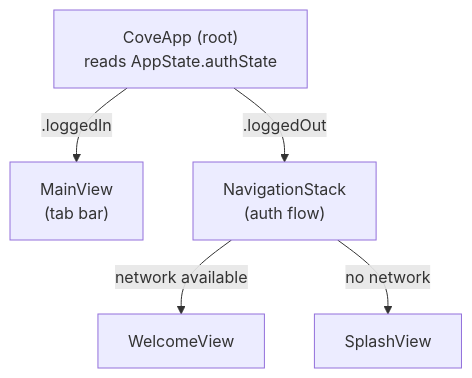
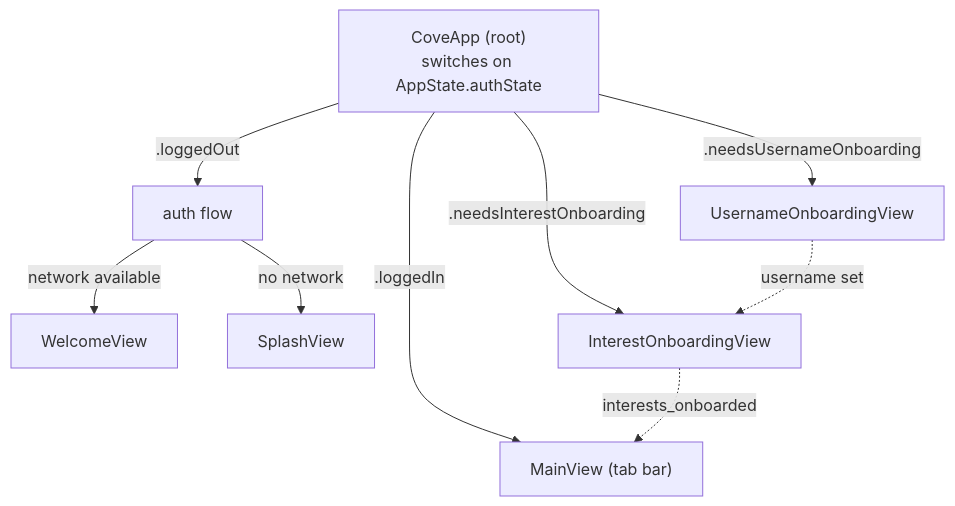
One commit to danicajiao/cove-ios changed the first of 4 diagrams in docs/IOS_APP_ARCHITECTURE.md. Above: the diagram before and after it, drawn with Mermaid. The commit also changed other lines of this file and 3 other files, not shown here.

Commit message:
Fix residual stale refs: Firestore favorites, LLM datastore, vendor→maker, onboarding flow

````diff
--- a/docs/IOS_APP_ARCHITECTURE.md
+++ b/docs/IOS_APP_ARCHITECTURE.md
@@ -57,8 +57,12 @@
 ```mermaid
 flowchart TD
-    CoveApp["CoveApp (root)<br/>reads AppState.authState"]
-    CoveApp -->|".loggedIn"| Main["MainView<br/>(tab bar)"]
-    CoveApp -->|".loggedOut"| Auth["NavigationStack<br/>(auth flow)"]
+    CoveApp["CoveApp (root)<br/>switches on AppState.authState"]
+    CoveApp -->|".loggedOut"| Auth["auth flow"]
     Auth -->|"network available"| Welcome["WelcomeView"]
     Auth -->|"no network"| Splash["SplashView"]
+    CoveApp -->|".needsUsernameOnboarding"| UN["UsernameOnboardingView"]
+    CoveApp -->|".needsInterestOnboarding"| IO["InterestOnboardingView"]
+    CoveApp -->|".loggedIn"| Main["MainView (tab bar)"]
+    UN -.->|"username set"| IO
+    IO -.->|"interests_onboarded"| Main
 ```
````
